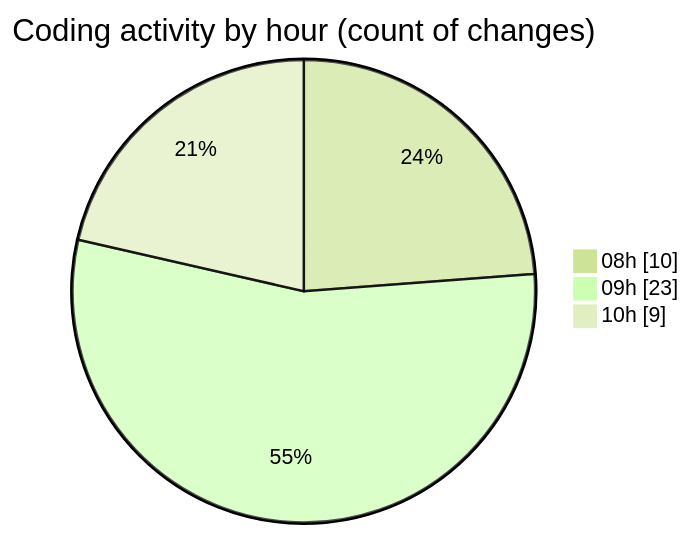
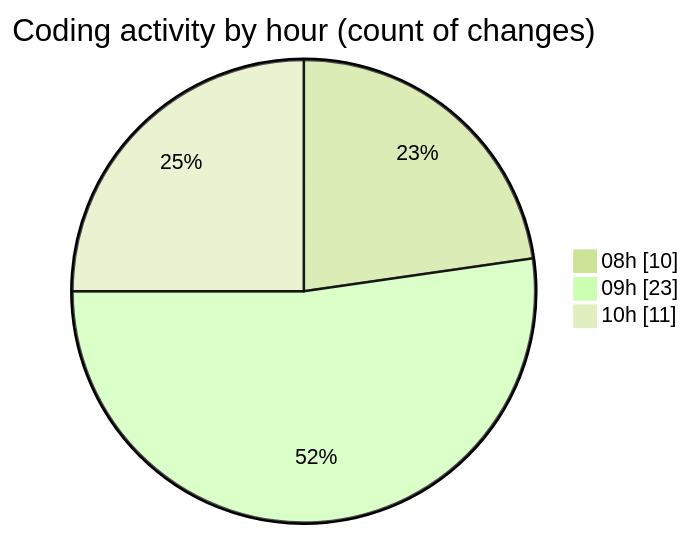
The second of 2 diagrams in 2025-01-07/nueva_carpeta/README.md (LanceThiago/code-tracking), drawn with Mermaid (forest theme) before and after one commit. The commit also changed other lines of this file and 1 other file, not shown here.

````diff
--- a/2025-01-07/nueva_carpeta/README.md
+++ b/2025-01-07/nueva_carpeta/README.md
@@ -28,7 +28,7 @@
 ```mermaid
 pie showData
 title Coding activity by hour (count of changes)
 "08h" : 10
 "09h" : 23
-"10h" : 9
+"10h" : 11
 ```
````
